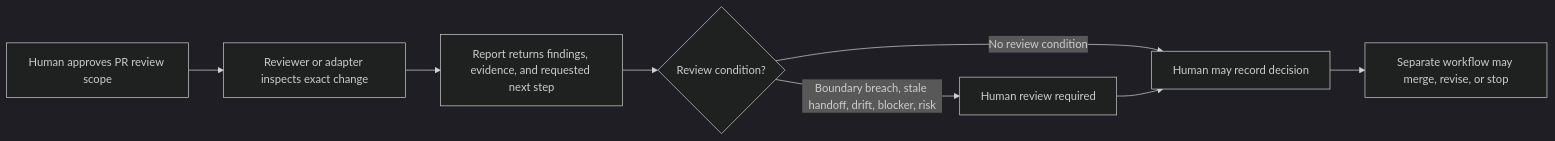
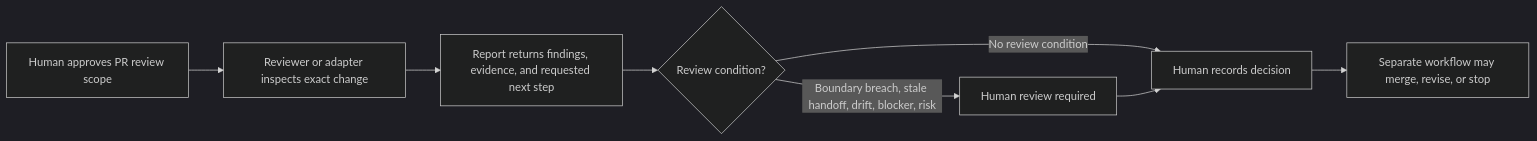
Before and after one commit to joefeser/hacp: the fifth of 5 diagrams in docs/use-cases.md, drawn with Mermaid (dark theme). The commit also changed other lines of this file and 1 other file, not shown here.

````diff
--- a/docs/use-cases.md
+++ b/docs/use-cases.md
@@ -278,10 +280,10 @@
 ```mermaid
 flowchart LR
   A["Human approves PR review scope"] --> B["Reviewer or adapter inspects exact change"]
   B --> C["Report returns findings, evidence, and requested next step"]
   C --> D{"Review condition?"}
   D -- "Boundary breach, stale handoff, drift, blocker, risk" --> E["Human review required"]
-  D -- "No review condition" --> F["Human may record decision"]
+  D -- "No review condition" --> F["Human records decision"]
   E --> F
   F --> G["Separate workflow may merge, revise, or stop"]
 ```
````
